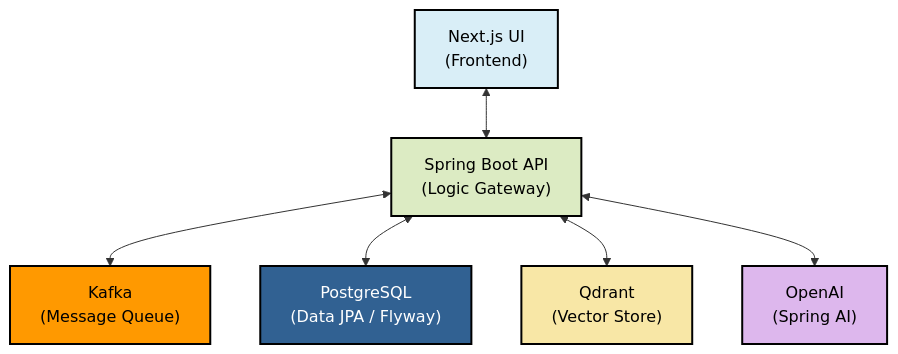
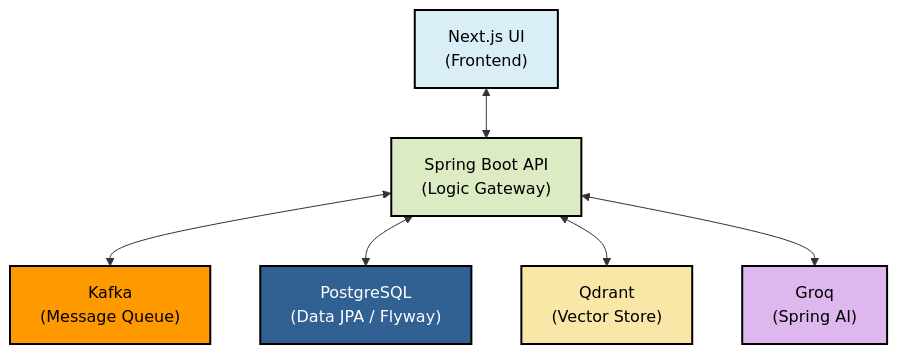
Before and after one commit to KarthikSP1911/Quant-Edge: the first of 3 diagrams in README.md, drawn with Mermaid. The commit also changed other lines of this file, not shown here.

````diff
--- a/README.md
+++ b/README.md
@@ -86,24 +109,24 @@
 ```mermaid
 flowchart TB
 
     UI["Next.js UI<br/>(Frontend)"]
     API["Spring Boot API<br/>(Logic Gateway)"]
     Kafka["Kafka<br/>(Message Queue)"]
     DB["PostgreSQL<br/>(Data JPA / Flyway)"]
     Qdrant["Qdrant<br/>(Vector Store)"]
-    LLM["OpenAI<br/>(Spring AI)"]
+    LLM["Groq<br/>(Spring AI)"]
 
     UI <--> API
     API <--> Kafka
     API <--> DB
     API <--> Qdrant
     API <--> LLM
 
     %% Styling
     style UI fill:#D9EEF7,stroke:#000,stroke-width:2px,color:#000
     style API fill:#DCEBC3,stroke:#000,stroke-width:2px,color:#000
     style Kafka fill:#FF9900,stroke:#000,stroke-width:2px,color:#000
     style DB fill:#316192,stroke:#000,stroke-width:2px,color:#FFF
     style Qdrant fill:#F8E7A6,stroke:#000,stroke-width:2px,color:#000
     style LLM fill:#DDB7ED,stroke:#000,stroke-width:2px,color:#000
 ```
````
